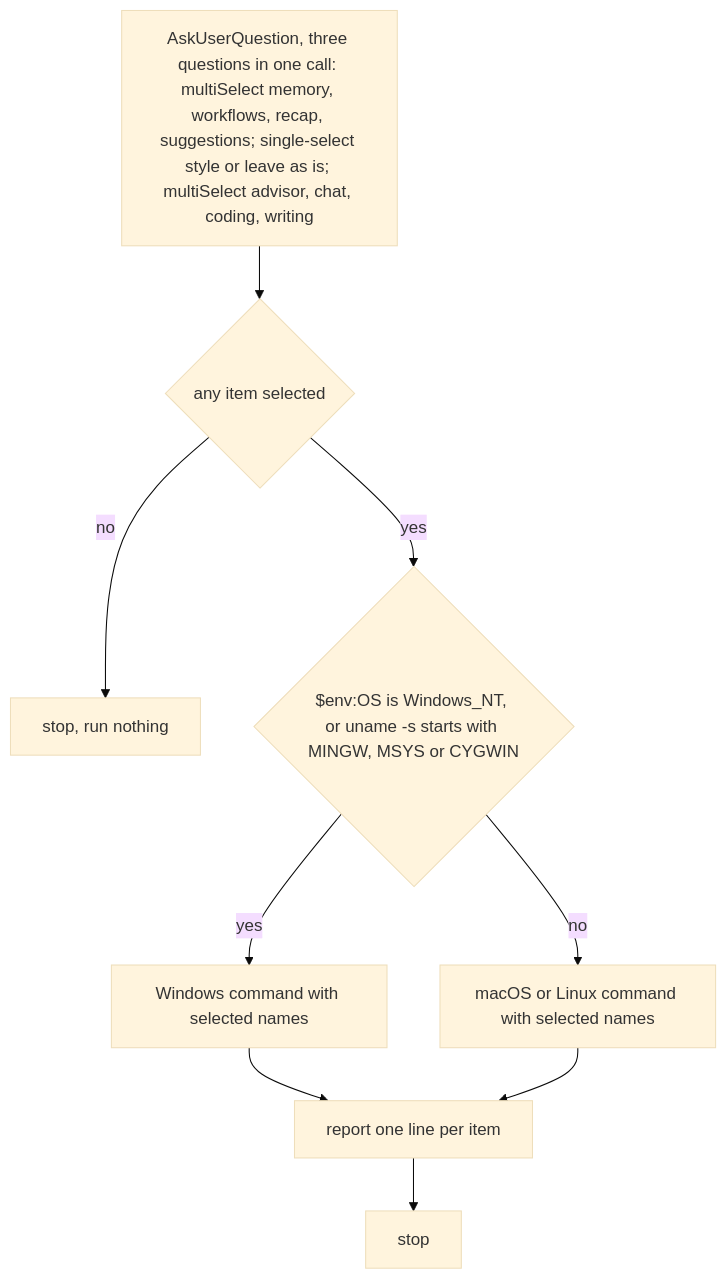
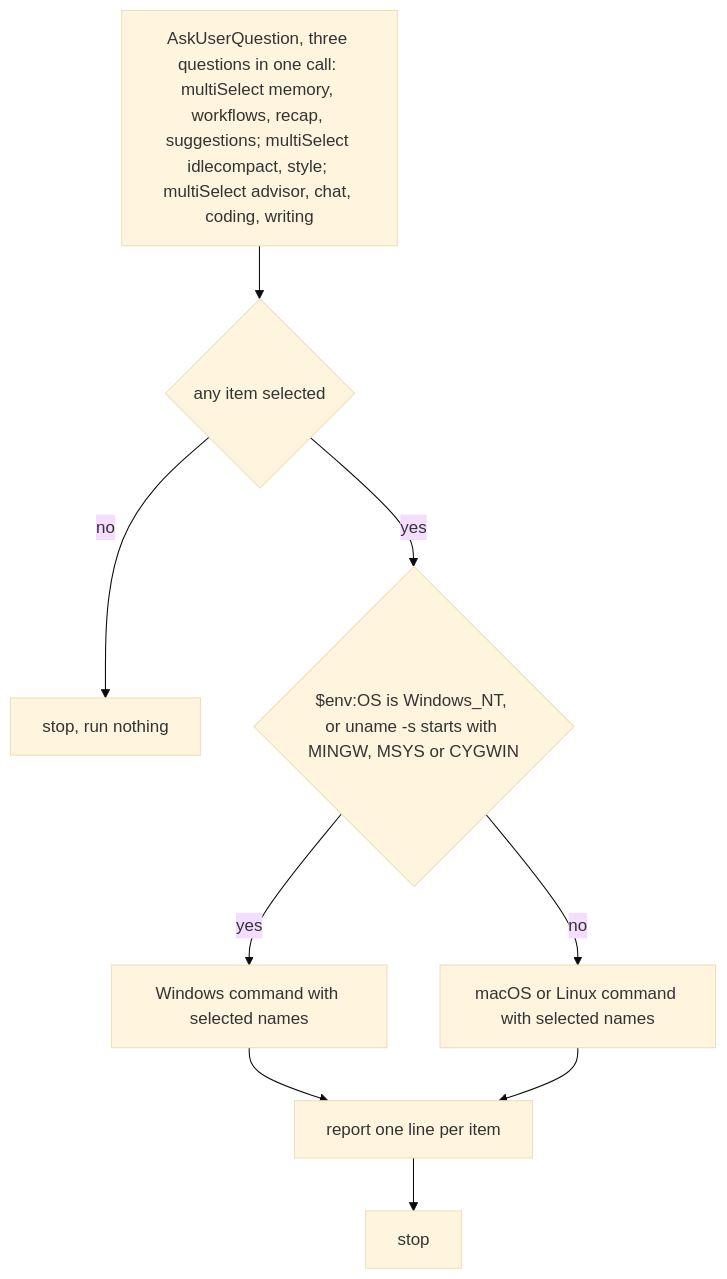
One commit to XVE-BV/claude-marketplace changed the diagram in plugins/starter/skills/setup/SKILL.md. Above: the diagram before and after it, drawn with Mermaid (base theme). The commit also changed other lines of this file and 6 other files, not shown here.

````diff
--- a/plugins/starter/skills/setup/SKILL.md
+++ b/plugins/starter/skills/setup/SKILL.md
@@ -31,9 +33,9 @@
 ```mermaid
 flowchart TD
-  ask["AskUserQuestion, three questions in one call: multiSelect memory, workflows, recap, suggestions; single-select style or leave as is; multiSelect advisor, chat, coding, writing"] --> any{"any item selected"}
+  ask["AskUserQuestion, three questions in one call: multiSelect memory, workflows, recap, suggestions; multiSelect idlecompact, style; multiSelect advisor, chat, coding, writing"] --> any{"any item selected"}
   any -->|no| stop["stop, run nothing"]
   any -->|yes| os{"$env:OS is Windows_NT, or uname -s starts with MINGW, MSYS or CYGWIN"}
   os -->|yes| win["Windows command with selected names"]
   os -->|no| nix["macOS or Linux command with selected names"]
   win & nix --> report["report one line per item"] --> done["stop"]
 ```
````
